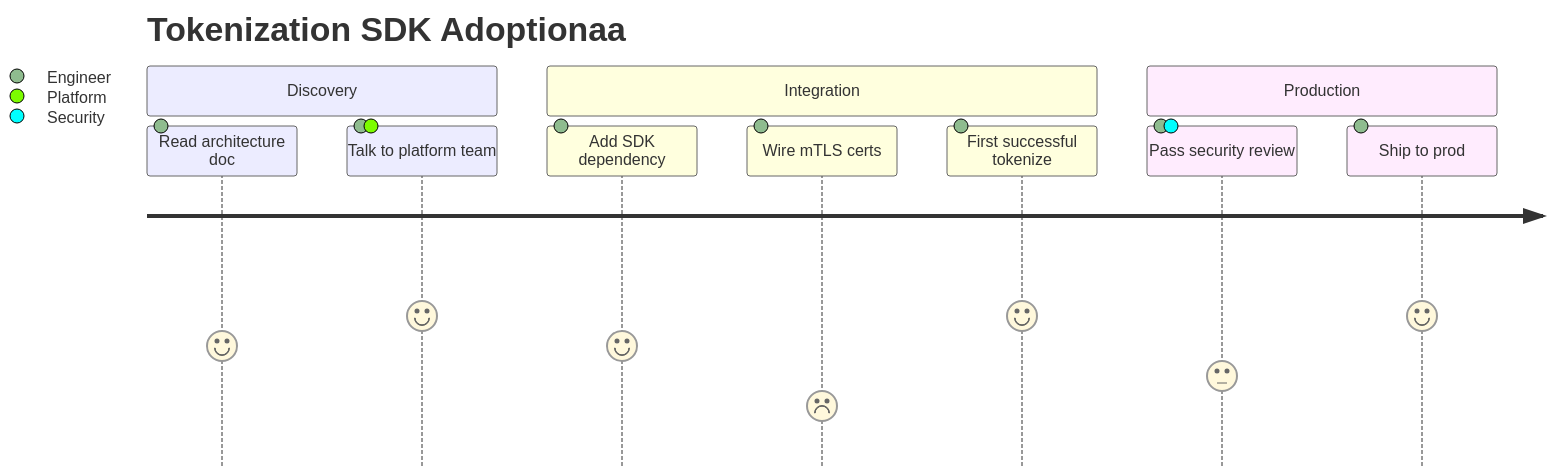
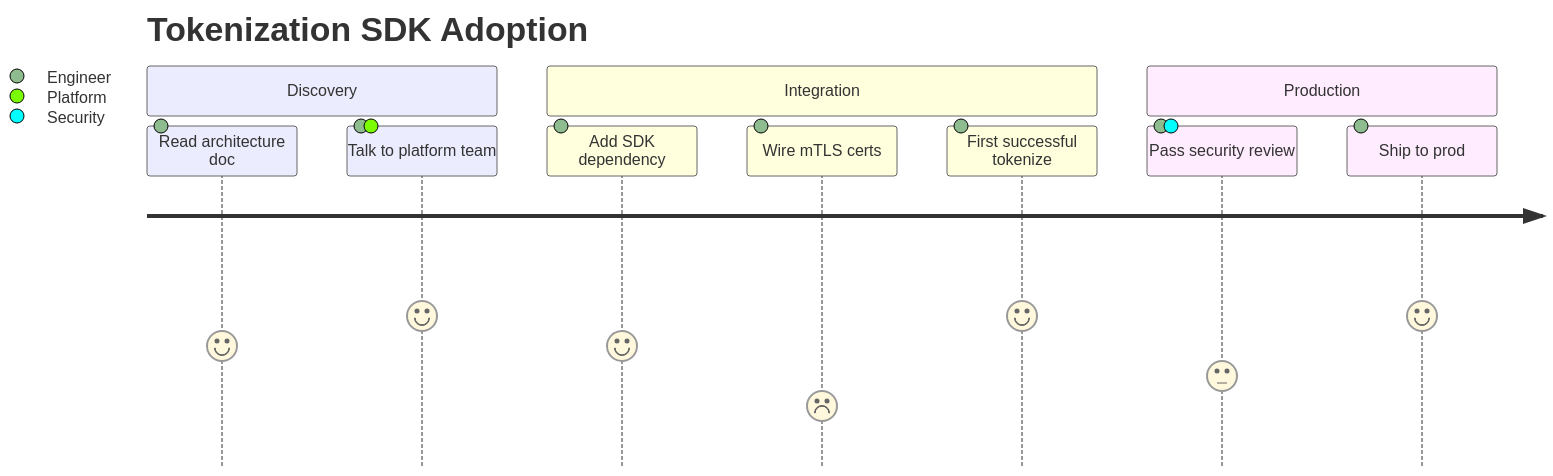
The sixth of 25 diagrams in examples/mermaid-gallery.md (SlideWright/lattice), drawn with Mermaid before and after one commit. The commit also changed other lines of this file and 4 other files, not shown here.

First line of the commit message:
diagram(fixes): SVG-id isolation + sankey + journey + C4

````diff
--- a/examples/mermaid-gallery.md
+++ b/examples/mermaid-gallery.md
@@ -201,14 +201,14 @@
 ```mermaid
 journey
-  title Tokenization SDK Adoptionaa
+  title Tokenization SDK Adoption
   section Discovery
     Read architecture doc: 4: Engineer
     Talk to platform team: 5: Engineer, Platform
   section Integration
     Add SDK dependency: 4: Engineer
     Wire mTLS certs: 2: Engineer
     First successful tokenize: 5: Engineer
   section Production
     Pass security review: 3: Engineer, Security
     Ship to prod: 5: Engineer
 ```
````
